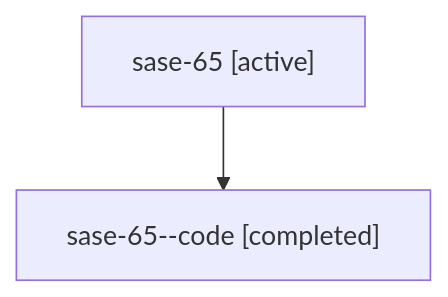
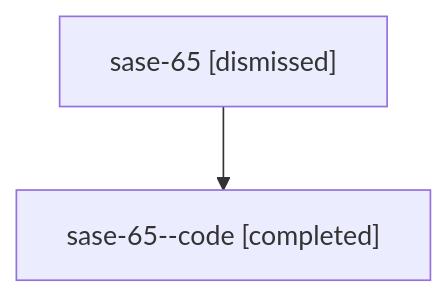
The diagram in sessions/bbugyi200.athena.sase-65.md (sase-org/sase--agents), drawn with Mermaid before and after one commit. The commit also changed other lines of this file and 23 other files, not shown here.

````diff
--- a/sessions/bbugyi200.athena.sase-65.md
+++ b/sessions/bbugyi200.athena.sase-65.md
@@ -9,6 +9,6 @@
 ```mermaid
 flowchart TD
-  n0["sase-65 [active]"]
+  n0["sase-65 [dismissed]"]
   n1["sase-65--code [completed]"]
   n0 --> n1
 ```
````
